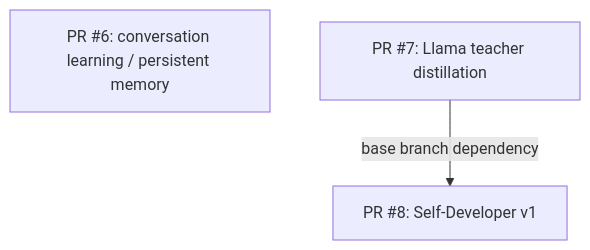
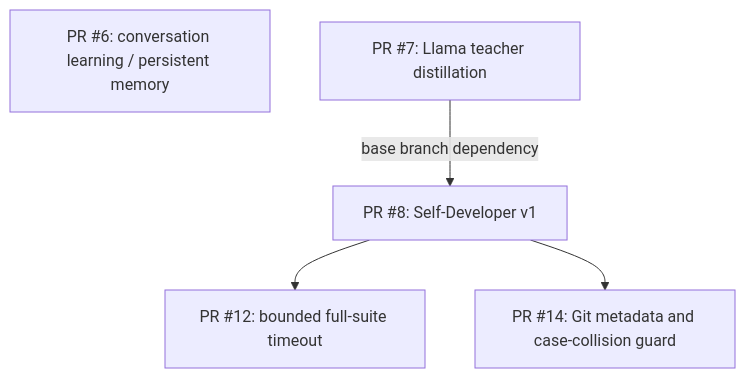
Before and after one commit to deathkernel/TARA: the third of 17 diagrams in README.md, drawn with Mermaid. The commit also changed other lines of this file, not shown here.

Commit message:
docs: map Phase A stabilization pull requests

````diff
--- a/README.md
+++ b/README.md
@@ -45,7 +45,11 @@
 ```mermaid
 flowchart TD
     P6["PR #6: conversation learning / persistent memory"]
     P7["PR #7: Llama teacher distillation"]
     P8["PR #8: Self-Developer v1"]
+    P12["PR #12: bounded full-suite timeout"]
+    P14["PR #14: Git metadata and case-collision guard"]
     P7 -->|"base branch dependency"| P8
+    P8 --> P12
+    P8 --> P14
 ```
````
